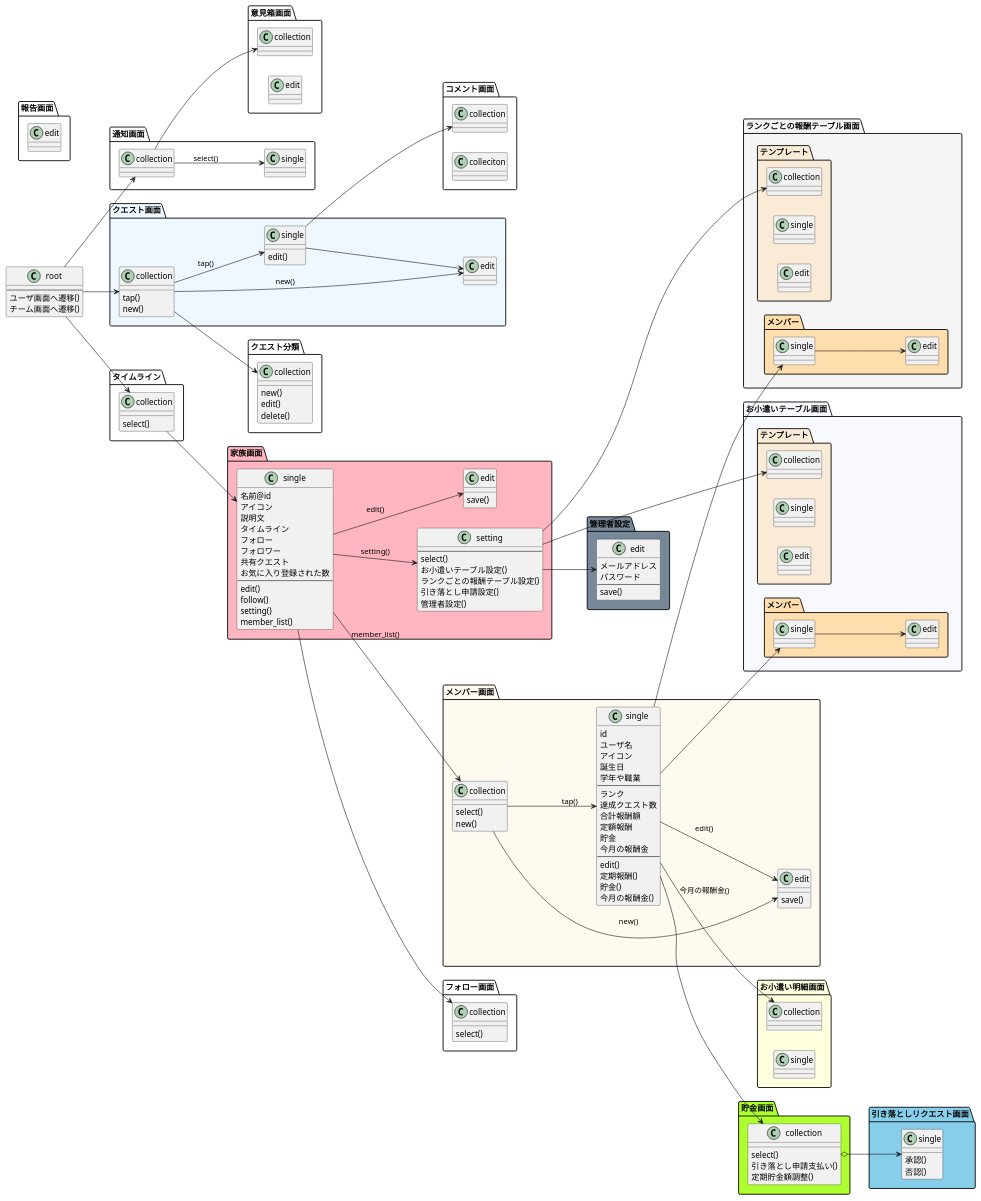
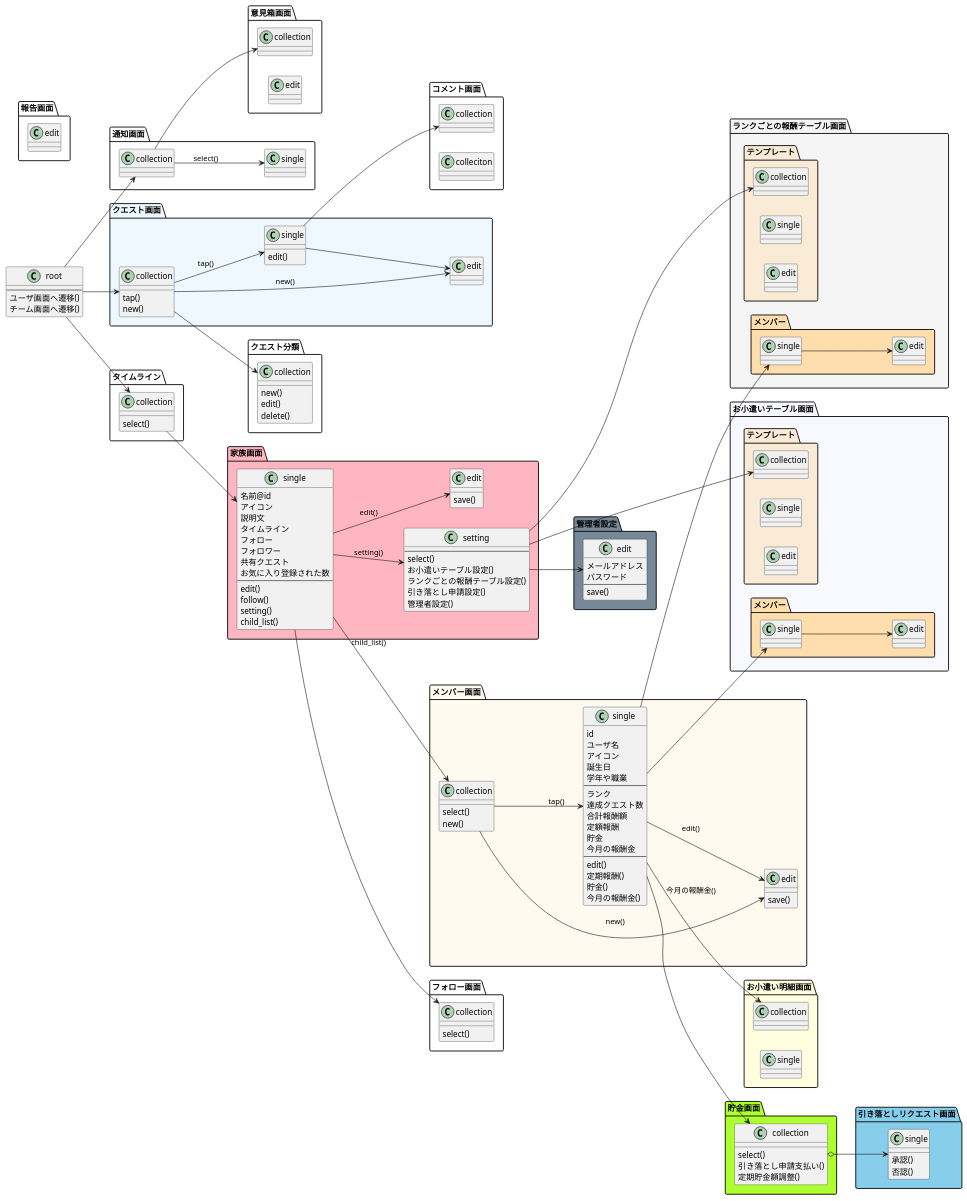
The diagram in docs/uml/画面遷移図（案）.pu (shuhei1101/allowance-questboard), drawn with PlantUML before and after one commit. The commit also changed 68 other files, not shown here.

```diff
--- a/docs/uml/画面遷移図（案）.pu
+++ b/docs/uml/画面遷移図（案）.pu
@@ -36,7 +36,7 @@
         edit()
         follow()
         setting()
-        member_list()
+        child_list()
     }
     class edit {
         save()
@@ -63,7 +63,7 @@
     }
 }
 
-家族画面.single --> メンバー画面.collection: member_list()
+家族画面.single --> メンバー画面.collection: child_list()
 package "メンバー画面" #FloralWhite {
     class collection {
         select()
```
